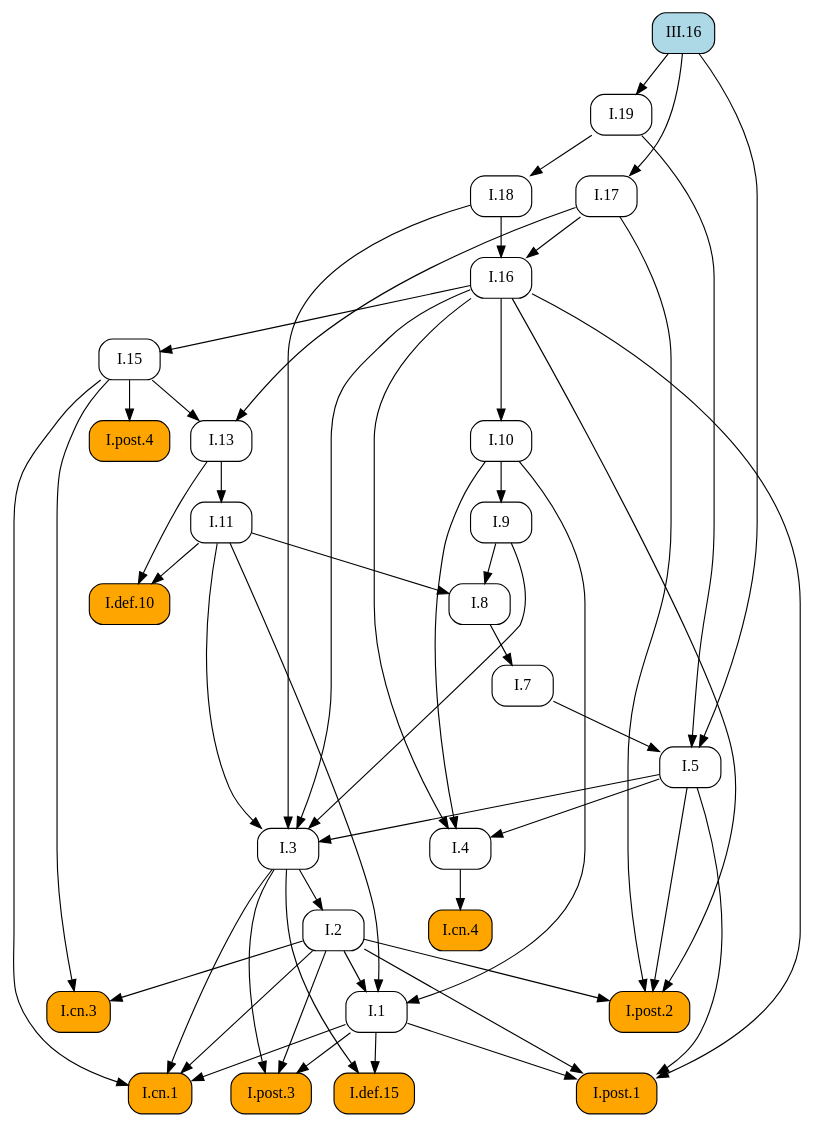
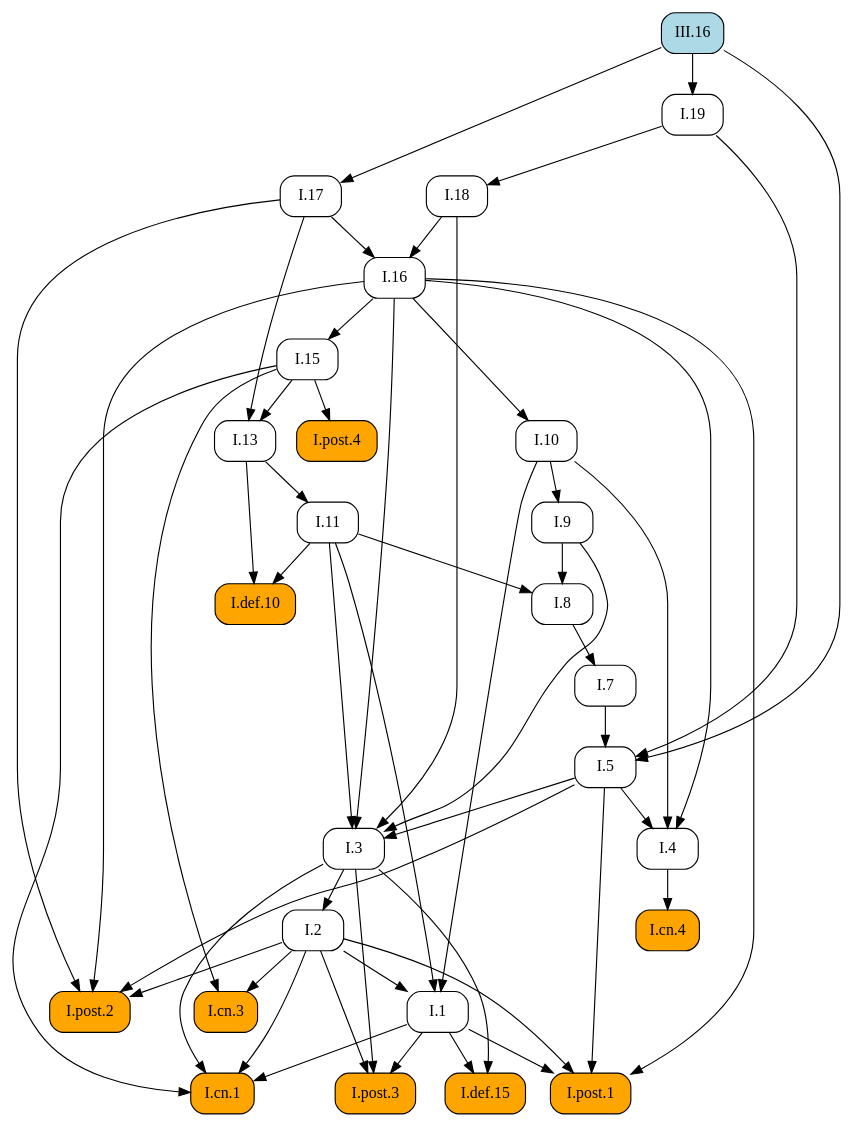
The diagram in docsrc/heath/III/16/index.rst (geometor/elements), drawn with Graphviz before and after one commit. The commit also changed other lines of this file and 1029 other files, not shown here.

```diff
--- a/docsrc/heath/III/16/index.rst
+++ b/docsrc/heath/III/16/index.rst
@@ -108,82 +108,82 @@
    digraph {
      rankdir="TB";
      node [shape=box, style=rounded];
+     "I.def.10" [style="rounded,filled", fillcolor=orange, URL="/heath/I/def.10/", target="_top"];
+     "I.11" [URL="/heath/I/11/", target="_top"];
+     "I.post.4" [style="rounded,filled", fillcolor=orange, URL="/heath/I/post.4/", target="_top"];
+     "I.1" [URL="/heath/I/1/", target="_top"];
+     "III.16" [style="rounded,filled", fillcolor=lightblue, URL="/heath/III/16/", target="_top"];
+     "I.7" [URL="/heath/I/7/", target="_top"];
+     "I.3" [URL="/heath/I/3/", target="_top"];
+     "I.2" [URL="/heath/I/2/", target="_top"];
+     "I.4" [URL="/heath/I/4/", target="_top"];
      "I.13" [URL="/heath/I/13/", target="_top"];
+     "I.17" [URL="/heath/I/17/", target="_top"];
+     "I.post.2" [style="rounded,filled", fillcolor=orange, URL="/heath/I/post.2/", target="_top"];
+     "I.18" [URL="/heath/I/18/", target="_top"];
+     "I.16" [URL="/heath/I/16/", target="_top"];
+     "I.def.15" [style="rounded,filled", fillcolor=orange, URL="/heath/I/def.15/", target="_top"];
+     "I.19" [URL="/heath/I/19/", target="_top"];
+     "I.post.3" [style="rounded,filled", fillcolor=orange, URL="/heath/I/post.3/", target="_top"];
+     "I.9" [URL="/heath/I/9/", target="_top"];
+     "I.cn.1" [style="rounded,filled", fillcolor=orange, URL="/heath/I/cn.1/", target="_top"];
      "I.cn.3" [style="rounded,filled", fillcolor=orange, URL="/heath/I/cn.3/", target="_top"];
+     "I.8" [URL="/heath/I/8/", target="_top"];
+     "I.cn.4" [style="rounded,filled", fillcolor=orange, URL="/heath/I/cn.4/", target="_top"];
+     "I.15" [URL="/heath/I/15/", target="_top"];
+     "I.post.1" [style="rounded,filled", fillcolor=orange, URL="/heath/I/post.1/", target="_top"];
+     "I.10" [URL="/heath/I/10/", target="_top"];
      "I.5" [URL="/heath/I/5/", target="_top"];
-     "III.16" [style="rounded,filled", fillcolor=lightblue, URL="/heath/III/16/", target="_top"];
-     "I.11" [URL="/heath/I/11/", target="_top"];
-     "I.7" [URL="/heath/I/7/", target="_top"];
-     "I.10" [URL="/heath/I/10/", target="_top"];
-     "I.4" [URL="/heath/I/4/", target="_top"];
-     "I.3" [URL="/heath/I/3/", target="_top"];
-     "I.16" [URL="/heath/I/16/", target="_top"];
-     "I.8" [URL="/heath/I/8/", target="_top"];
-     "I.9" [URL="/heath/I/9/", target="_top"];
-     "I.def.10" [style="rounded,filled", fillcolor=orange, URL="/heath/I/def.10/", target="_top"];
-     "I.post.4" [style="rounded,filled", fillcolor=orange, URL="/heath/I/post.4/", target="_top"];
-     "I.post.2" [style="rounded,filled", fillcolor=orange, URL="/heath/I/post.2/", target="_top"];
-     "I.2" [URL="/heath/I/2/", target="_top"];
-     "I.def.15" [style="rounded,filled", fillcolor=orange, URL="/heath/I/def.15/", target="_top"];
-     "I.1" [URL="/heath/I/1/", target="_top"];
-     "I.post.3" [style="rounded,filled", fillcolor=orange, URL="/heath/I/post.3/", target="_top"];
-     "I.post.1" [style="rounded,filled", fillcolor=orange, URL="/heath/I/post.1/", target="_top"];
-     "I.cn.4" [style="rounded,filled", fillcolor=orange, URL="/heath/I/cn.4/", target="_top"];
-     "I.cn.1" [style="rounded,filled", fillcolor=orange, URL="/heath/I/cn.1/", target="_top"];
-     "I.15" [URL="/heath/I/15/", target="_top"];
-     "I.17" [URL="/heath/I/17/", target="_top"];
-     "I.19" [URL="/heath/I/19/", target="_top"];
-     "I.18" [URL="/heath/I/18/", target="_top"];
-     "I.15" -> "I.13";
-     "I.17" -> "I.13";
-     "I.2" -> "I.cn.3";
-     "I.15" -> "I.cn.3";
-     "I.7" -> "I.5";
-     "I.19" -> "I.5";
-     "III.16" -> "I.5";
+     "I.11" -> "I.def.10";
+     "I.13" -> "I.def.10";
      "I.13" -> "I.11";
+     "I.15" -> "I.post.4";
+     "I.2" -> "I.1";
+     "I.10" -> "I.1";
+     "I.11" -> "I.1";
      "I.8" -> "I.7";
-     "I.16" -> "I.10";
-     "I.5" -> "I.4";
-     "I.10" -> "I.4";
-     "I.16" -> "I.4";
      "I.5" -> "I.3";
      "I.9" -> "I.3";
      "I.11" -> "I.3";
      "I.16" -> "I.3";
      "I.18" -> "I.3";
-     "I.17" -> "I.16";
-     "I.18" -> "I.16";
-     "I.9" -> "I.8";
-     "I.11" -> "I.8";
-     "I.10" -> "I.9";
-     "I.11" -> "I.def.10";
-     "I.13" -> "I.def.10";
-     "I.15" -> "I.post.4";
+     "I.3" -> "I.2";
+     "I.5" -> "I.4";
+     "I.10" -> "I.4";
+     "I.16" -> "I.4";
+     "I.15" -> "I.13";
+     "I.17" -> "I.13";
+     "III.16" -> "I.17";
      "I.2" -> "I.post.2";
      "I.5" -> "I.post.2";
      "I.16" -> "I.post.2";
      "I.17" -> "I.post.2";
-     "I.3" -> "I.2";
+     "I.19" -> "I.18";
+     "I.17" -> "I.16";
+     "I.18" -> "I.16";
      "I.1" -> "I.def.15";
      "I.3" -> "I.def.15";
-     "I.2" -> "I.1";
-     "I.10" -> "I.1";
-     "I.11" -> "I.1";
+     "III.16" -> "I.19";
      "I.1" -> "I.post.3";
      "I.2" -> "I.post.3";
      "I.3" -> "I.post.3";
+     "I.10" -> "I.9";
+     "I.1" -> "I.cn.1";
+     "I.2" -> "I.cn.1";
+     "I.3" -> "I.cn.1";
+     "I.15" -> "I.cn.1";
+     "I.2" -> "I.cn.3";
+     "I.15" -> "I.cn.3";
+     "I.9" -> "I.8";
+     "I.11" -> "I.8";
+     "I.4" -> "I.cn.4";
+     "I.16" -> "I.15";
      "I.1" -> "I.post.1";
      "I.2" -> "I.post.1";
      "I.5" -> "I.post.1";
      "I.16" -> "I.post.1";
-     "I.4" -> "I.cn.4";
-     "I.1" -> "I.cn.1";
-     "I.2" -> "I.cn.1";
-     "I.3" -> "I.cn.1";
-     "I.15" -> "I.cn.1";
-     "I.16" -> "I.15";
-     "III.16" -> "I.17";
-     "III.16" -> "I.19";
-     "I.19" -> "I.18";
+     "I.16" -> "I.10";
+     "I.7" -> "I.5";
+     "I.19" -> "I.5";
+     "III.16" -> "I.5";
    }
```
